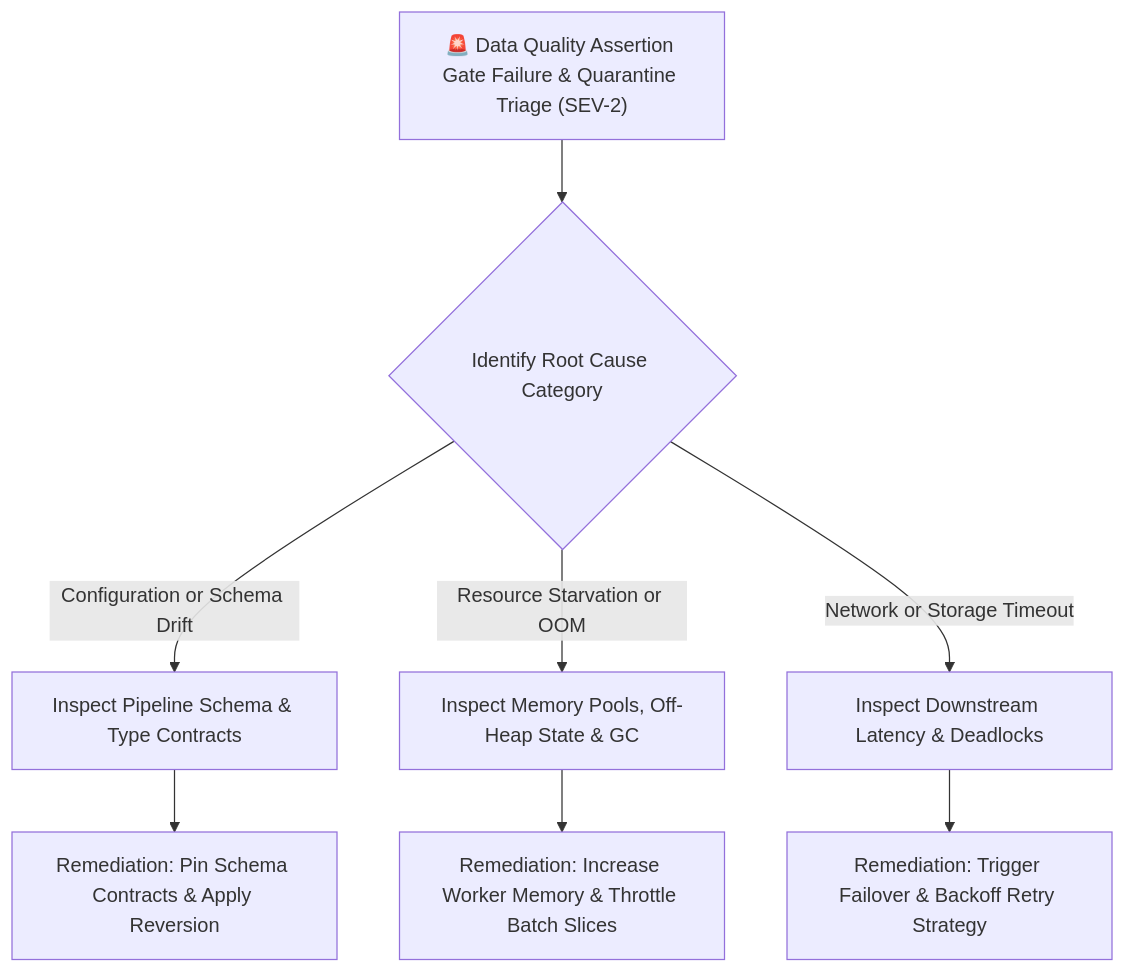
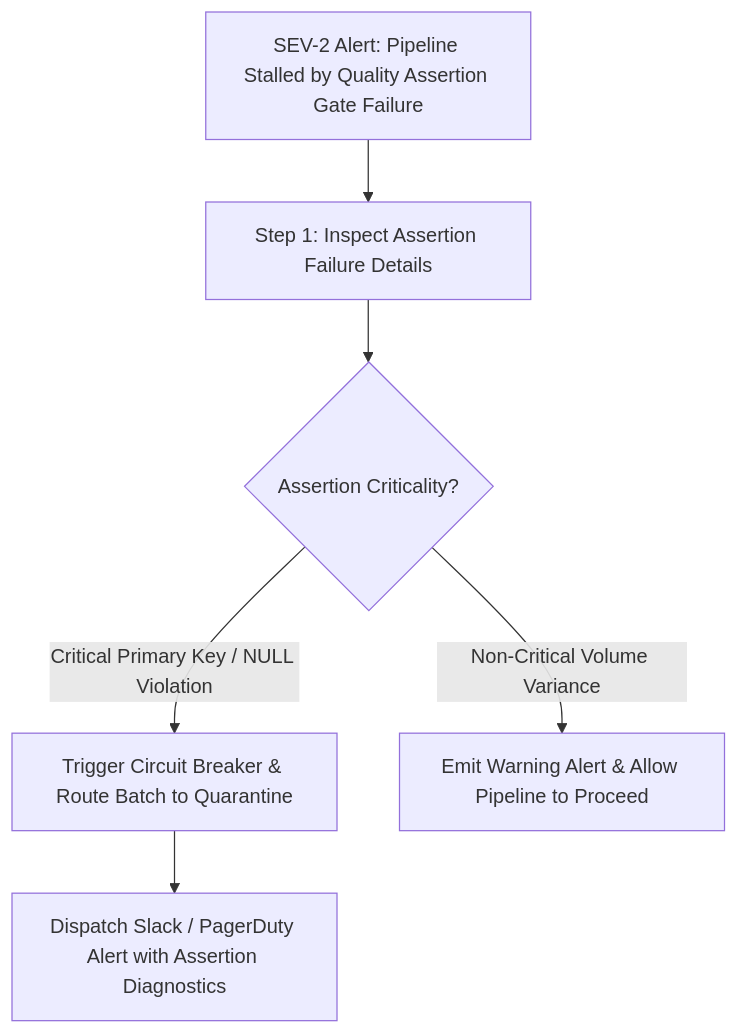
One commit to santoshjammi29/dataops-cicd-handbook changed the diagram in runbooks/03_data_quality_assertion_pipeline_blocker_triage.md. Above: the diagram before and after it, drawn with Mermaid. The commit also changed other lines of this file and 12 other files, not shown here.

````diff
--- a/runbooks/03_data_quality_assertion_pipeline_blocker_triage.md
+++ b/runbooks/03_data_quality_assertion_pipeline_blocker_triage.md
@@ -11,12 +12,10 @@
 ```mermaid
 flowchart TD
-    Alert["🚨 Data Quality Assertion Gate Failure & Quarantine Triage (SEV-2)"] --> TriageCategory{"Identify Root Cause Category"}
+    Alert["SEV-2 Alert: Pipeline Stalled by Quality Assertion Gate Failure"] --> InspectAssertion["Step 1: Inspect Assertion Failure Details"]
+    InspectAssertion --> SeverityCheck{"Assertion Criticality?"}
     
-    TriageCategory -->|"Configuration or Schema Drift"| ConfigTriage["Inspect Pipeline Schema & Type Contracts"]
-    TriageCategory -->|"Resource Starvation or OOM"| ResourceTriage["Inspect Memory Pools, Off-Heap State & GC"]
-    TriageCategory -->|"Network or Storage Timeout"| NetworkTriage["Inspect Downstream Latency & Deadlocks"]
-
-    ConfigTriage --> FixConfig["Remediation: Pin Schema Contracts & Apply Reversion"]
-    ResourceTriage --> FixResource["Remediation: Increase Worker Memory & Throttle Batch Slices"]
-    NetworkTriage --> FixNetwork["Remediation: Trigger Failover & Backoff Retry Strategy"]
+    SeverityCheck -->|"Critical Primary Key / NULL Violation"| QuarantineBatch["Trigger Circuit Breaker & Route Batch to Quarantine"]
+    SeverityCheck -->|"Non-Critical Volume Variance"| WarnAndProceed["Emit Warning Alert & Allow Pipeline to Proceed"]
+    
+    QuarantineBatch --> NotifyDataProductOwner["Dispatch Slack / PagerDuty Alert with Assertion Diagnostics"]
 ```
````
